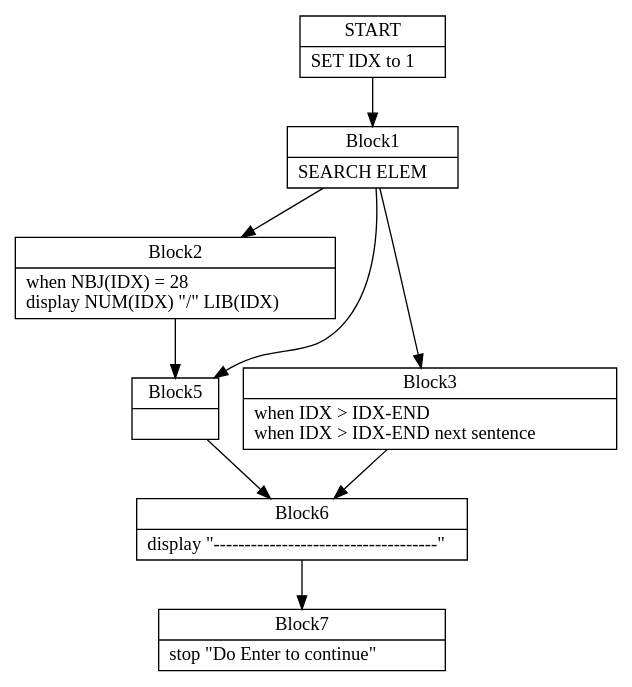
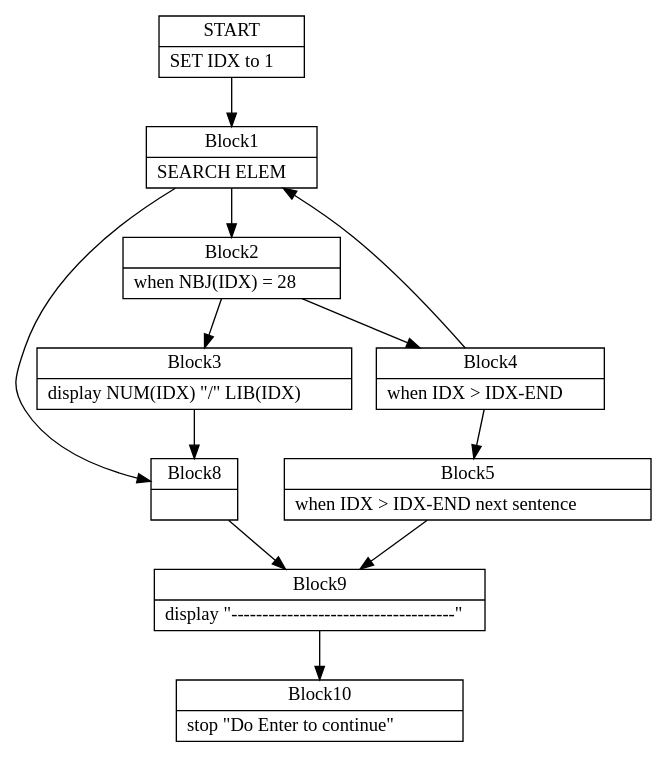
Before and after one commit to TypeCobolTeam/TypeCobol: the diagram in TypeCobol.Analysis.Test/DotOutput/SearchNextSentence0.dot, drawn with Graphviz. The commit also changed 14 other files, not shown here.

Commit message:
WI #1269 Test CFG dot graphs and visualization.

```diff
--- a/TypeCobol.Analysis.Test/DotOutput/SearchNextSentence0.dot
+++ b/TypeCobol.Analysis.Test/DotOutput/SearchNextSentence0.dot
@@ -1,39 +1,48 @@
 digraph Cfg {
 node [
 shape = "record"
 ]
 
 edge [
 arrowtail = "empty"
 ]
 Block0 [
 label = "{START|    SET IDX to 1\l}"
 ]
 Block1 [
 label = "{Block1|    SEARCH ELEM\l}"
 ]
 Block2 [
-label = "{Block2|           when NBJ(IDX) = 28\l           display NUM(IDX) \"/\" LIB(IDX)\l}"
+label = "{Block2|           when NBJ(IDX) = 28\l}"
+]
+Block3 [
+label = "{Block3|           display NUM(IDX) \"/\" LIB(IDX)\l}"
+]
+Block8 [
+label = "{Block8|}"
+]
+Block9 [
+label = "{Block9|    display \"------------------------------------\"\l}"
+]
+Block10 [
+label = "{Block10|    stop \"Do Enter to continue\"\l}"
+]
+Block4 [
+label = "{Block4|           when IDX \> IDX-END\l}"
 ]
 Block5 [
-label = "{Block5|}"
-]
-Block6 [
-label = "{Block6|    display \"------------------------------------\"\l}"
-]
-Block7 [
-label = "{Block7|    stop \"Do Enter to continue\"\l}"
-]
-Block3 [
-label = "{Block3|           when IDX \> IDX-END\l           when IDX \> IDX-END next sentence\l}"
+label = "{Block5|           when IDX \> IDX-END next sentence\l}"
 ]
 Block0 -> Block1
 Block1 -> Block2
-Block1 -> Block3
-Block1 -> Block5
-Block2 -> Block5
-Block5 -> Block6
-Block6 -> Block7
-Block3 -> Block6
+Block1 -> Block8
+Block2 -> Block3
+Block2 -> Block4
+Block3 -> Block8
+Block8 -> Block9
+Block9 -> Block10
+Block4 -> Block5
+Block4 -> Block1
+Block5 -> Block9
 
 }
```
